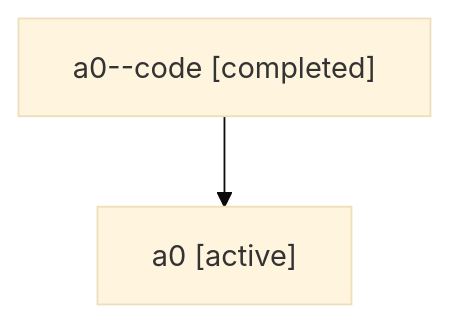
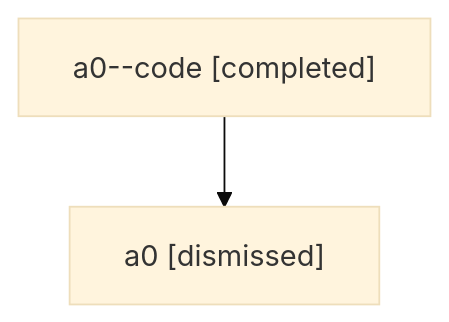
The diagram in sessions/bbugyi200.athena.a0.md (sase-org/sase--agents), drawn with Mermaid (base theme) before and after one commit. The commit also changed other lines of this file and 22 other files, not shown here.

````diff
--- a/sessions/bbugyi200.athena.a0.md
+++ b/sessions/bbugyi200.athena.a0.md
@@ -9,6 +9,6 @@
 ```mermaid
 flowchart TD
   n0["a0--code [completed]"]
-  n1["a0 [active]"]
+  n1["a0 [dismissed]"]
   n0 --> n1
 ```
````
